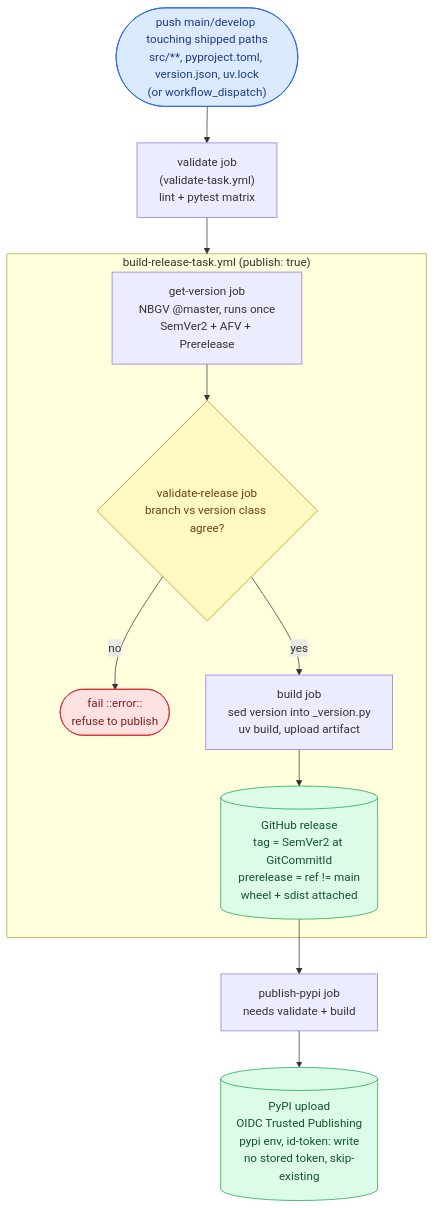
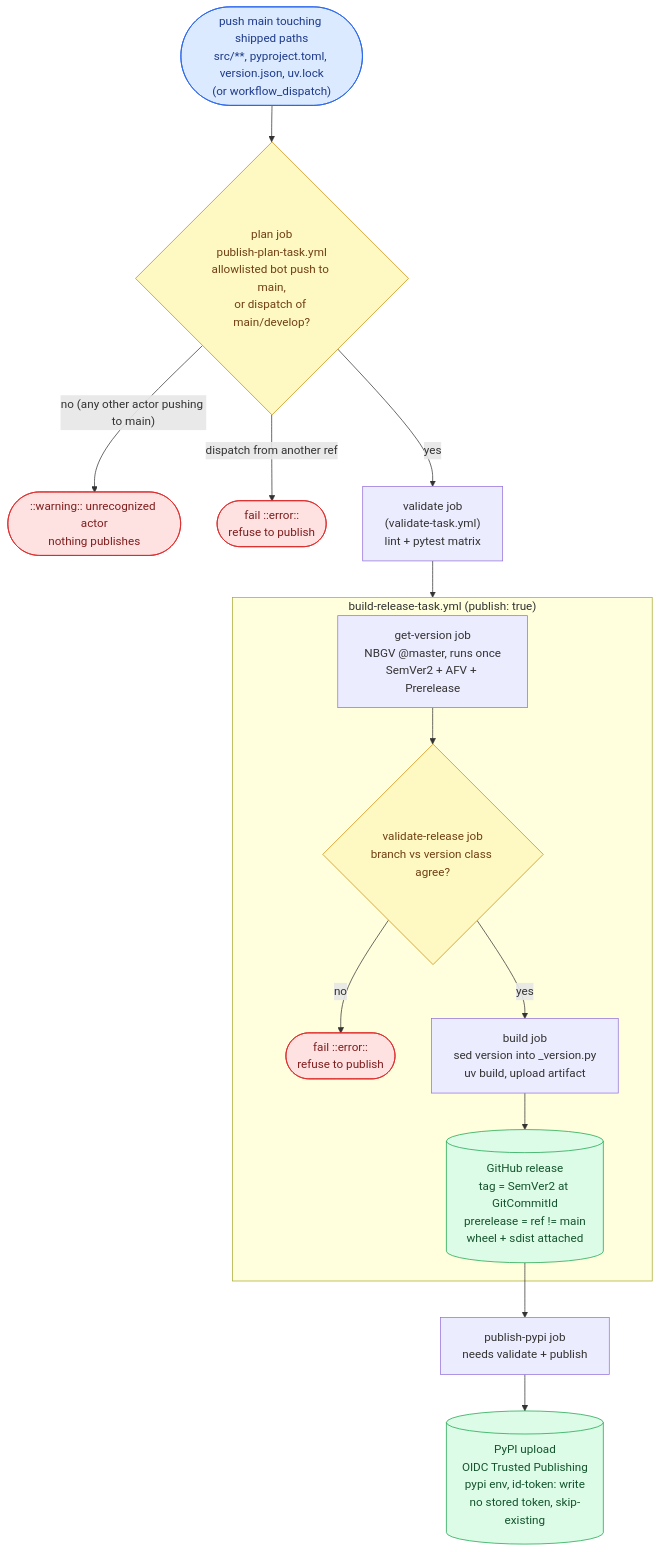
One commit to ptr727/aiopurpleair changed the second of 3 diagrams in WORKFLOW.md. Above: the diagram before and after it, drawn with Mermaid. The commit also changed other lines of this file and 3 other files, not shown here.

First line of the commit message:
Gate publishing on a plan job so a human merge never releases (#92)

````diff
--- a/WORKFLOW.md
+++ b/WORKFLOW.md
@@ -124,17 +123,21 @@
 ```mermaid
 flowchart TD
-    P(["push main/develop touching shipped paths<br/>src/**, pyproject.toml, version.json, uv.lock<br/>(or workflow_dispatch)"]):::trig --> VAL["validate job<br/>(validate-task.yml)<br/>lint + pytest matrix"]
+    P(["push main touching shipped paths<br/>src/**, pyproject.toml, version.json, uv.lock<br/>(or workflow_dispatch)"]):::trig --> PLAN
+    PLAN{"plan job<br/>publish-plan-task.yml<br/>allowlisted bot push to main,<br/>or dispatch of main/develop?"}:::gate
+    PLAN -- "no (any other actor pushing to main)" --> NOP(["::warning:: unrecognized actor<br/>nothing publishes"]):::stop
+    PLAN -- "dispatch from another ref" --> DX(["fail ::error::<br/>refuse to publish"]):::stop
+    PLAN -- "yes" --> VAL["validate job<br/>(validate-task.yml)<br/>lint + pytest matrix"]
     VAL --> BUILD
     subgraph BUILD ["build-release-task.yml (publish: true)"]
         GV["get-version job<br/>NBGV @master, runs once<br/>SemVer2 + AFV + Prerelease"] --> VR{"validate-release job<br/>branch vs version class agree?"}:::gate
         VR -- "no" --> VRX(["fail ::error::<br/>refuse to publish"]):::stop
         VR -- "yes" --> BD["build job<br/>sed version into _version.py<br/>uv build, upload artifact"]
         BD --> REL[("GitHub release<br/>tag = SemVer2 at GitCommitId<br/>prerelease = ref != main<br/>wheel + sdist attached")]:::pub
     end
-    REL --> PP["publish-pypi job<br/>needs validate + build"]
+    REL --> PP["publish-pypi job<br/>needs validate + publish"]
     PP --> PYPI[("PyPI upload<br/>OIDC Trusted Publishing<br/>pypi env, id-token: write<br/>no stored token, skip-existing")]:::pub
     classDef trig fill:#dbeafe,stroke:#2563eb,color:#1e3a8a
     classDef gate fill:#fef9c3,stroke:#ca8a04,color:#713f12
     classDef pub fill:#dcfce7,stroke:#16a34a,color:#14532d
     classDef stop fill:#fee2e2,stroke:#dc2626,color:#7f1d1d
 ```
````
